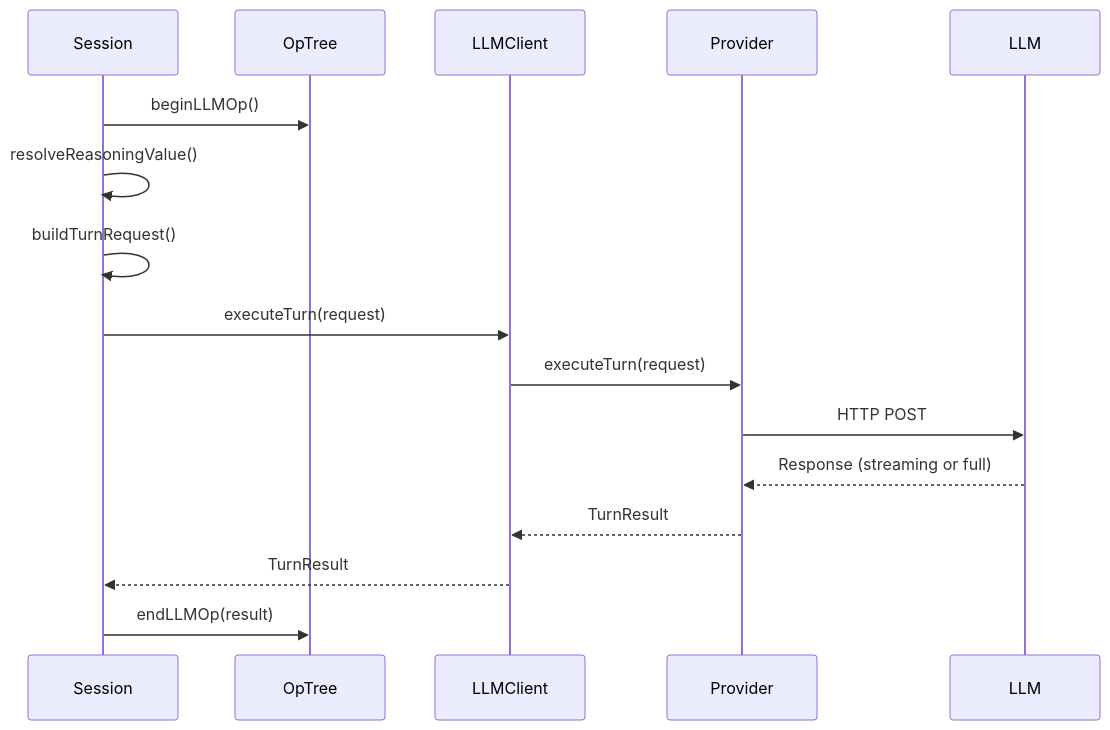
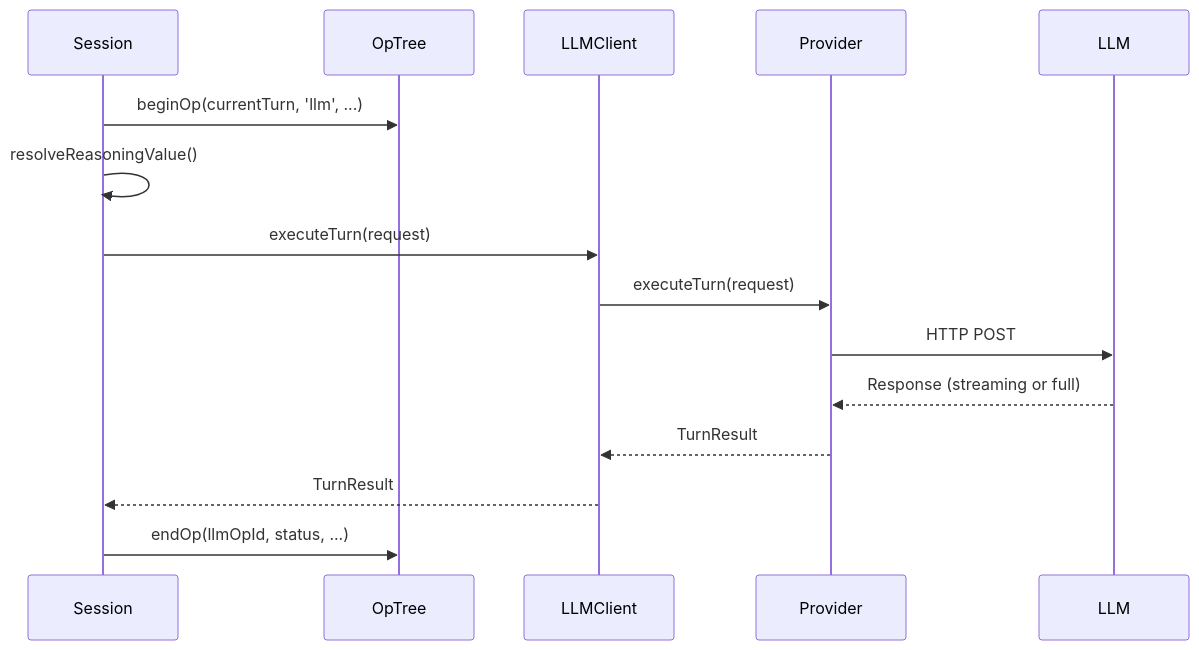
Before and after one commit to netdata/netdata: the third of 4 diagrams in docs/Technical-Specs-Session-Lifecycle.md, drawn with Mermaid. The commit also changed other lines of this file and 63 other files, not shown here.

````diff
--- a/docs/Technical-Specs-Session-Lifecycle.md
+++ b/docs/Technical-Specs-Session-Lifecycle.md
@@ -270,19 +283,18 @@
 ```mermaid
 sequenceDiagram
     participant Session
     participant OpTree
     participant LLMClient
     participant Provider
     participant LLM
 
-    Session->>OpTree: beginLLMOp()
+    Session->>OpTree: beginOp(currentTurn, 'llm', ...)
     Session->>Session: resolveReasoningValue()
-    Session->>Session: buildTurnRequest()
     Session->>LLMClient: executeTurn(request)
     LLMClient->>Provider: executeTurn(request)
     Provider->>LLM: HTTP POST
     LLM-->>Provider: Response (streaming or full)
     Provider-->>LLMClient: TurnResult
     LLMClient-->>Session: TurnResult
-    Session->>OpTree: endLLMOp(result)
+    Session->>OpTree: endOp(llmOpId, status, ...)
 ```
````
